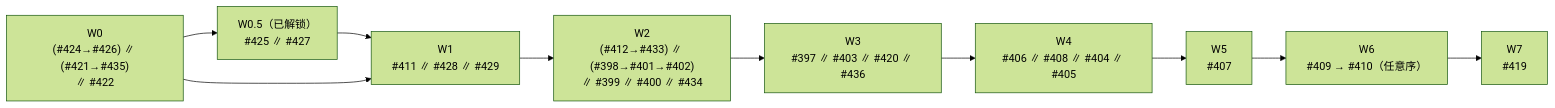
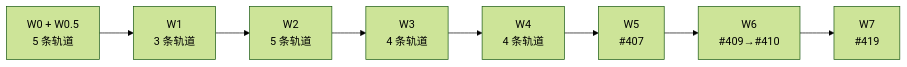
The diagram in docs/execution-plan-pre-v3.md (luokerenx4/coder-loop), drawn with Mermaid (forest theme) before and after one commit. The commit also changed other lines of this file, not shown here.

````diff
--- a/docs/execution-plan-pre-v3.md
+++ b/docs/execution-plan-pre-v3.md
@@ -39,12 +61,4 @@
 ```mermaid
 flowchart LR
-  W0["W0<br/>(#424→#426) ∥ (#421→#435)<br/>∥ #422"] --> W05["W0.5（已解锁）<br/>#425 ∥ #427"]
-  W05 --> W1["W1<br/>#411 ∥ #428 ∥ #429"]
-  W0 --> W1
-  W1 --> W2["W2<br/>(#412→#433) ∥ (#398→#401→#402)<br/>∥ #399 ∥ #400 ∥ #434"]
-  W2 --> W3["W3<br/>#397 ∥ #403 ∥ #420 ∥ #436"]
-  W3 --> W4["W4<br/>#406 ∥ #408 ∥ #404 ∥ #405"]
-  W4 --> W5["W5<br/>#407"]
-  W5 --> W6["W6<br/>#409 → #410（任意序）"]
-  W6 --> W7["W7<br/>#419"]
+  W0["W0 + W0.5<br/>5 条轨道"] --> W1["W1<br/>3 条轨道"] --> W2["W2<br/>5 条轨道"] --> W3["W3<br/>4 条轨道"] --> W4["W4<br/>4 条轨道"] --> W5["W5<br/>#407"] --> W6["W6<br/>#409→#410"] --> W7["W7<br/>#419"]
 ```
````
